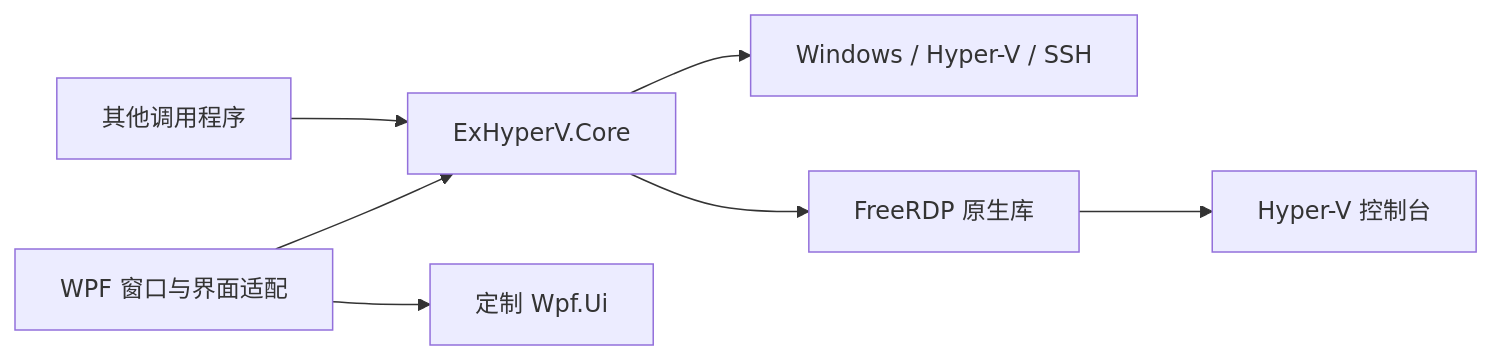
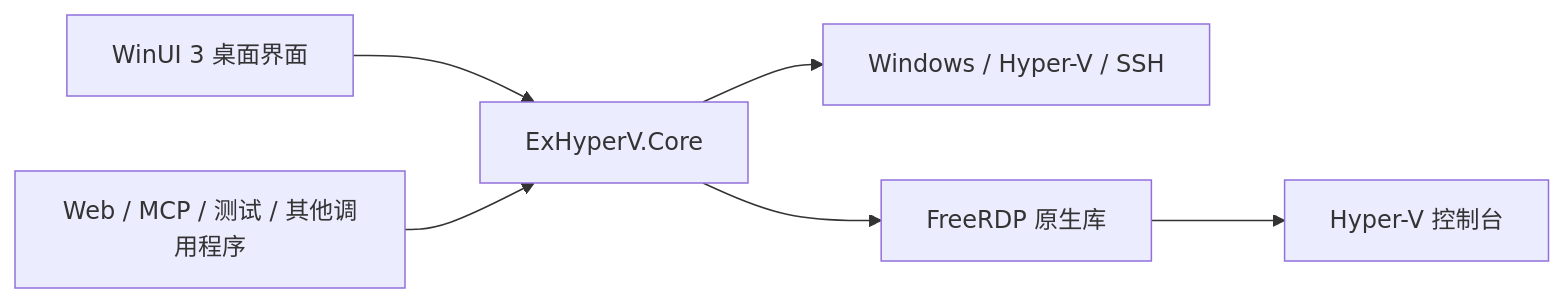
One commit to Justsenger/ExHyperV changed the first of 2 diagrams in doc/architecture.md. Above: the diagram before and after it, drawn with Mermaid. The commit also changed other lines of this file and 604 other files, not shown here.

````diff
--- a/doc/architecture.md
+++ b/doc/architecture.md
@@ -30,9 +25,8 @@
 ```mermaid
 flowchart LR
-    W[WPF 窗口与界面适配] --> C[ExHyperV.Core]
-    H[其他调用程序] --> C
-    W --> U[定制 Wpf.Ui]
+    W[WinUI 3 桌面界面] --> C[ExHyperV.Core]
+    H[Web / MCP / 测试 / 其他调用程序] --> C
     C --> S[Windows / Hyper-V / SSH]
     C --> R[FreeRDP 原生库]
     R --> V[Hyper-V 控制台]
 ```
````
